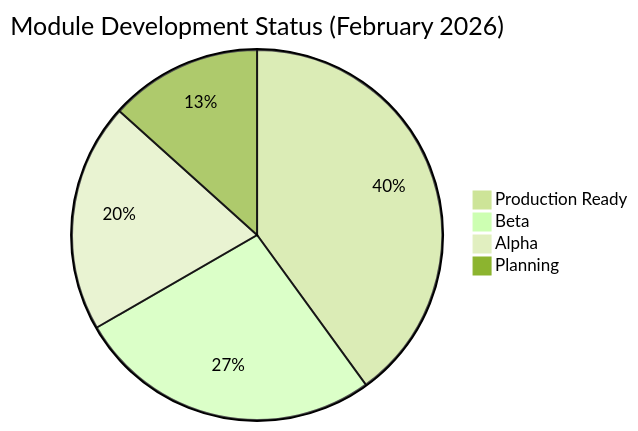
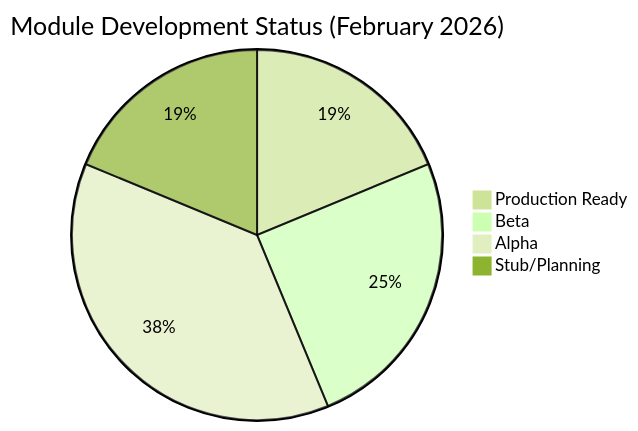
Before and after one commit to docxology/codomyrmex: diagram 12 of 12 in README.md, drawn with Mermaid (forest theme). The commit also changed other lines of this file and 107 other files, not shown here.

````diff
--- a/README.md
+++ b/README.md
@@ -1485,7 +1461,7 @@
 ```mermaid
 pie title Module Development Status (February 2026)
-    "Production Ready" : 12
-    "Beta" : 8
-    "Alpha" : 6
-    "Planning" : 4
+    "Production Ready" : 15
+    "Beta" : 20
+    "Alpha" : 30
+    "Stub/Planning" : 15
 ```
````
